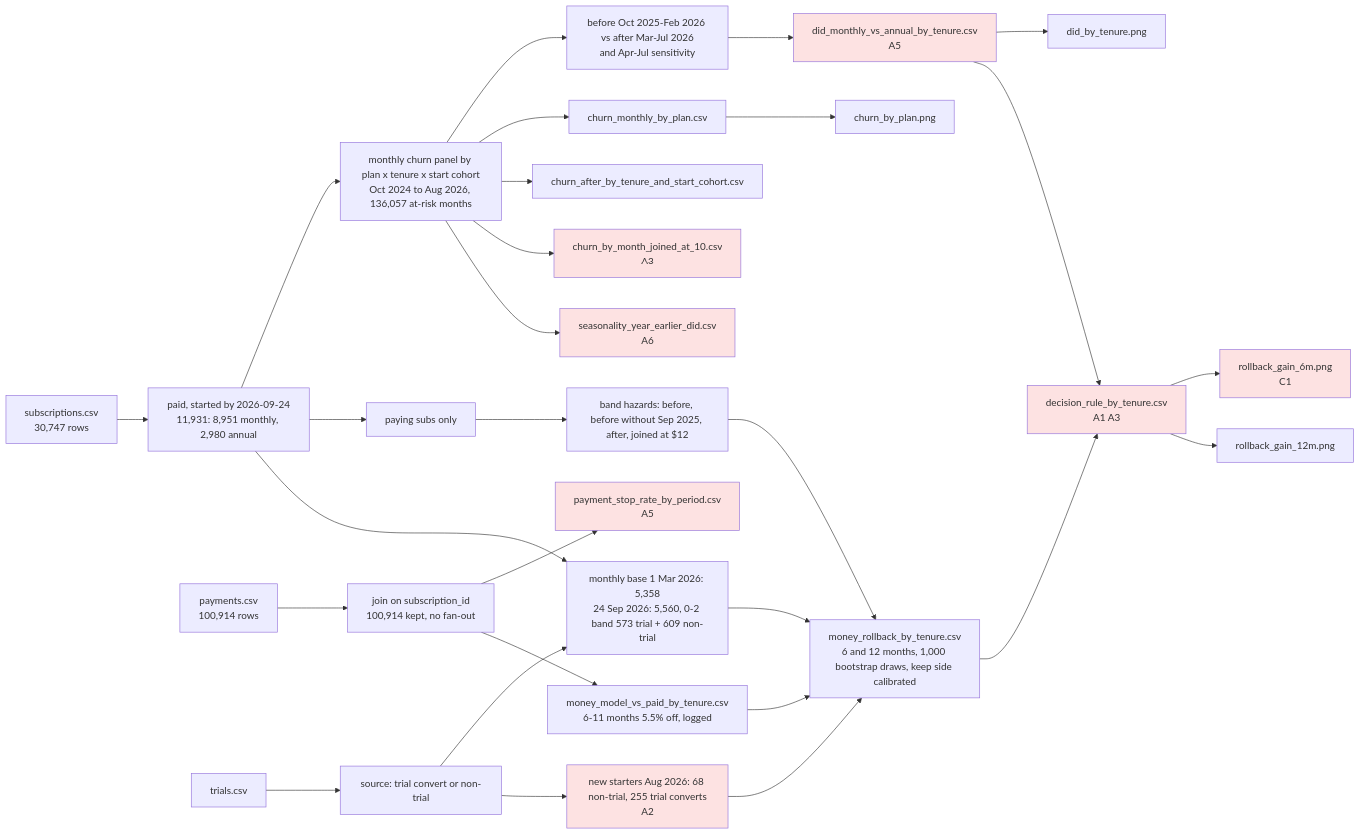
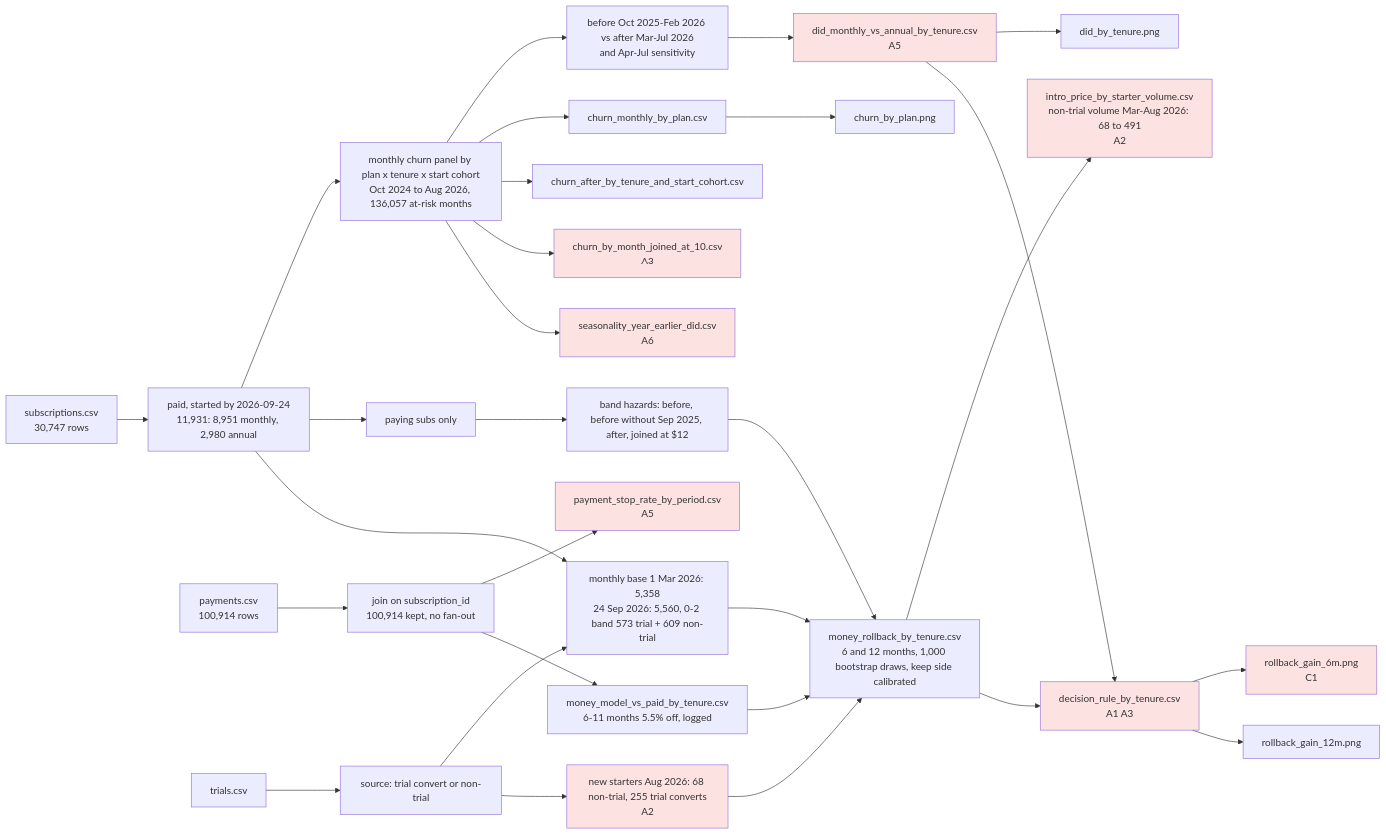
Before and after one commit to maakadam/ai-analyst: the diagram in outputs/2026-11-07_march-price-retention/review.md, drawn with Mermaid. The commit also changed other lines of this file and 8 other files, not shown here.

First line of the commit message:
Add intro-price range over starter volumes; refresh review and brief

````diff
--- a/outputs/2026-11-07_march-price-retention/review.md
+++ b/outputs/2026-11-07_march-price-retention/review.md
@@ -7,36 +7,38 @@
 ```mermaid
 flowchart LR
   S[subscriptions.csv<br/>30,747 rows] --> P[paid, started by 2026-09-24<br/>11,931: 8,951 monthly, 2,980 annual]
   PY[payments.csv<br/>100,914 rows] --> J[join on subscription_id<br/>100,914 kept, no fan-out]
   T[trials.csv] --> SRC[source: trial convert or non-trial]
   P --> CP[monthly churn panel by plan x tenure x start cohort<br/>Oct 2024 to Aug 2026, 136,057 at-risk months]
   CP --> W[before Oct 2025-Feb 2026 vs after Mar-Jul 2026<br/>and Apr-Jul sensitivity]
   W --> D[did_monthly_vs_annual_by_tenure.csv<br/>A5]
   D --> CH2[did_by_tenure.png]
   CP --> BY[churn_monthly_by_plan.csv] --> CH1[churn_by_plan.png]
   CP --> CO[churn_after_by_tenure_and_start_cohort.csv]
   CP --> HD[churn_by_month_joined_at_10.csv<br/>A3]
   J --> PR[payment_stop_rate_by_period.csv<br/>A5]
   CP --> SE[seasonality_year_earlier_did.csv<br/>A6]
   P --> PP[paying subs only] --> H[band hazards: before, before without Sep 2025, after, joined at $12]
   P --> MB[monthly base 1 Mar 2026: 5,358<br/>24 Sep 2026: 5,560, 0-2 band 573 trial + 609 non-trial]
   SRC --> MB
   SRC --> NS[new starters Aug 2026: 68 non-trial, 255 trial converts<br/>A2]
   H --> M[money_rollback_by_tenure.csv<br/>6 and 12 months, 1,000 bootstrap draws, keep side calibrated]
   MB --> M
   NS --> M
+  M --> IV[intro_price_by_starter_volume.csv<br/>non-trial volume Mar-Aug 2026: 68 to 491<br/>A2]
   J --> MC[money_model_vs_paid_by_tenure.csv<br/>6-11 months 5.5% off, logged]
   MC --> M
   M --> R[decision_rule_by_tenure.csv<br/>A1 A3]
   D --> R
   R --> CH3[rollback_gain_6m.png<br/>C1]
   R --> CH4[rollback_gain_12m.png]
   NS:::issue
+  IV:::issue
   R:::issue
   CH3:::issue
   D:::issue
   PR:::issue
   SE:::issue
   HD:::issue
   classDef issue fill:#fde2e2
 ```
````
